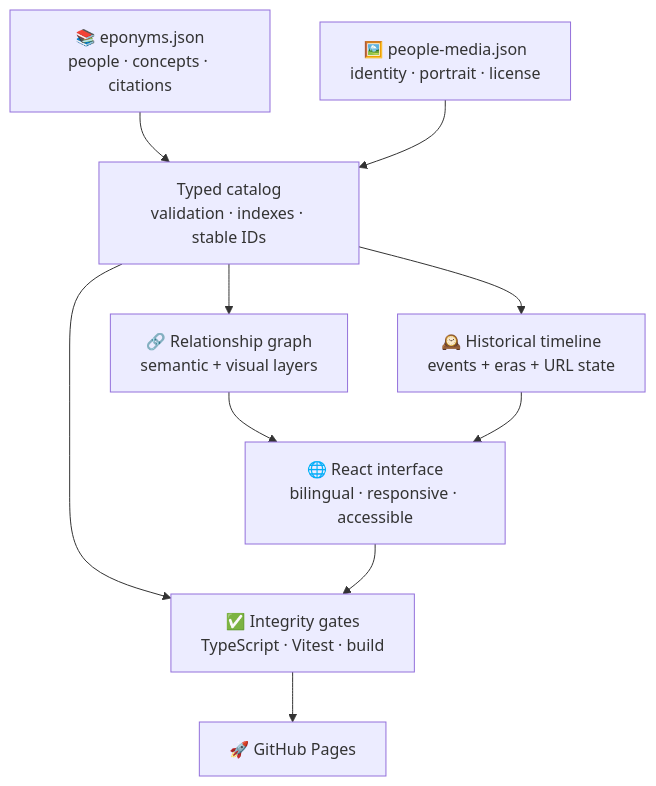
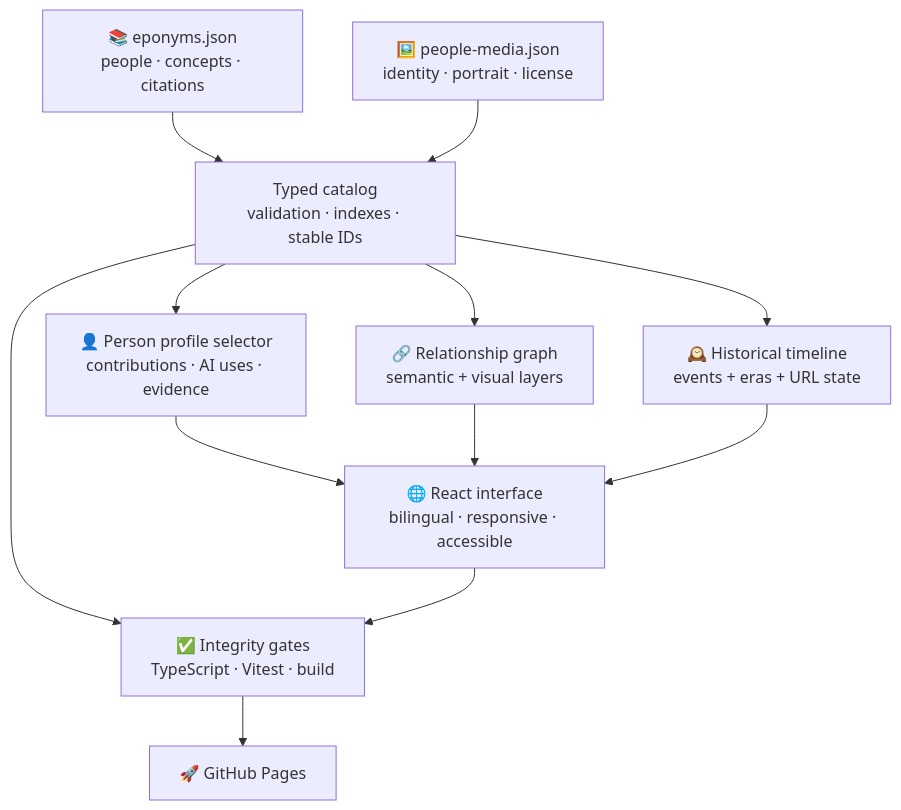
Before and after one commit to ChaoYue0307/ai-eponym-atlas: the second of 2 diagrams in README.md, drawn with Mermaid. The commit also changed other lines of this file and 20 other files, not shown here.

````diff
--- a/README.md
+++ b/README.md
@@ -223,21 +232,24 @@
 ```mermaid
 flowchart TD
     E["📚 eponyms.json<br/>people · concepts · citations"]
     P["🖼️ people-media.json<br/>identity · portrait · license"]
     C["Typed catalog<br/>validation · indexes · stable IDs"]
+    R["👤 Person profile selector<br/>contributions · AI uses · evidence"]
     G["🔗 Relationship graph<br/>semantic + visual layers"]
     T["🕰️ Historical timeline<br/>events + eras + URL state"]
     U["🌐 React interface<br/>bilingual · responsive · accessible"]
     Q["✅ Integrity gates<br/>TypeScript · Vitest · build"]
     D["🚀 GitHub Pages"]
 
     E --> C
     P --> C
+    C --> R
     C --> G
     C --> T
+    R --> U
     G --> U
     T --> U
     C --> Q
     U --> Q
     Q --> D
 ```
````
